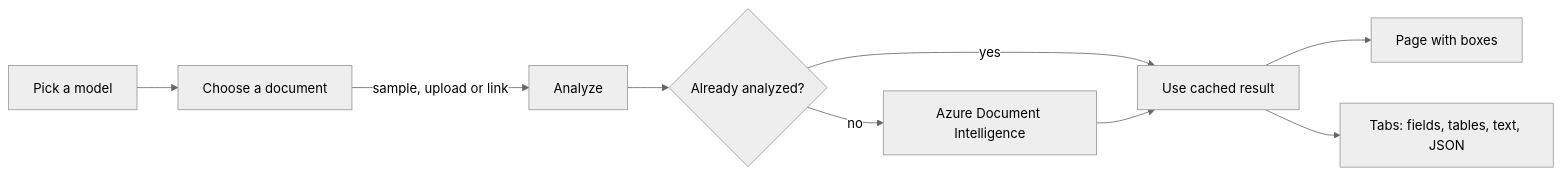
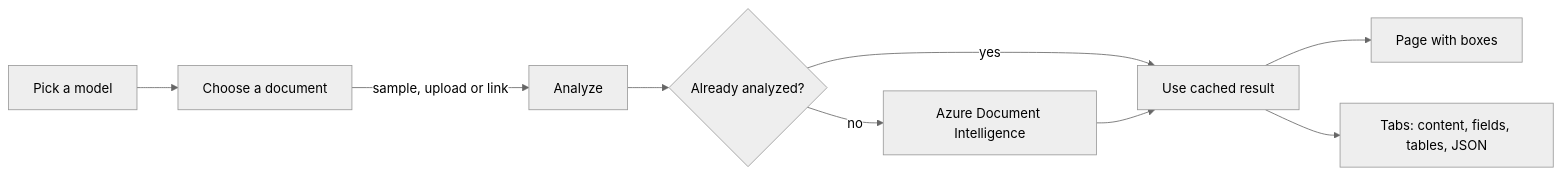
One commit to mohamedtaha77/sky-di changed the first of 3 diagrams in README.md. Above: the diagram before and after it, drawn with Mermaid (neutral theme). The commit also changed other lines of this file and 14 other files, not shown here.

````diff
--- a/README.md
+++ b/README.md
@@ -17,11 +45,11 @@
 ```mermaid
 flowchart LR
     A[Pick a model] --> B[Choose a document]
     B -->|sample, upload or link| C[Analyze]
     C --> D{Already analyzed?}
     D -->|yes| F[Use cached result]
     D -->|no| E[Azure Document Intelligence]
     E --> F
     F --> G[Page with boxes]
-    F --> H[Tabs: fields, tables, text, JSON]
+    F --> H[Tabs: content, fields, tables, JSON]
 ```
````
